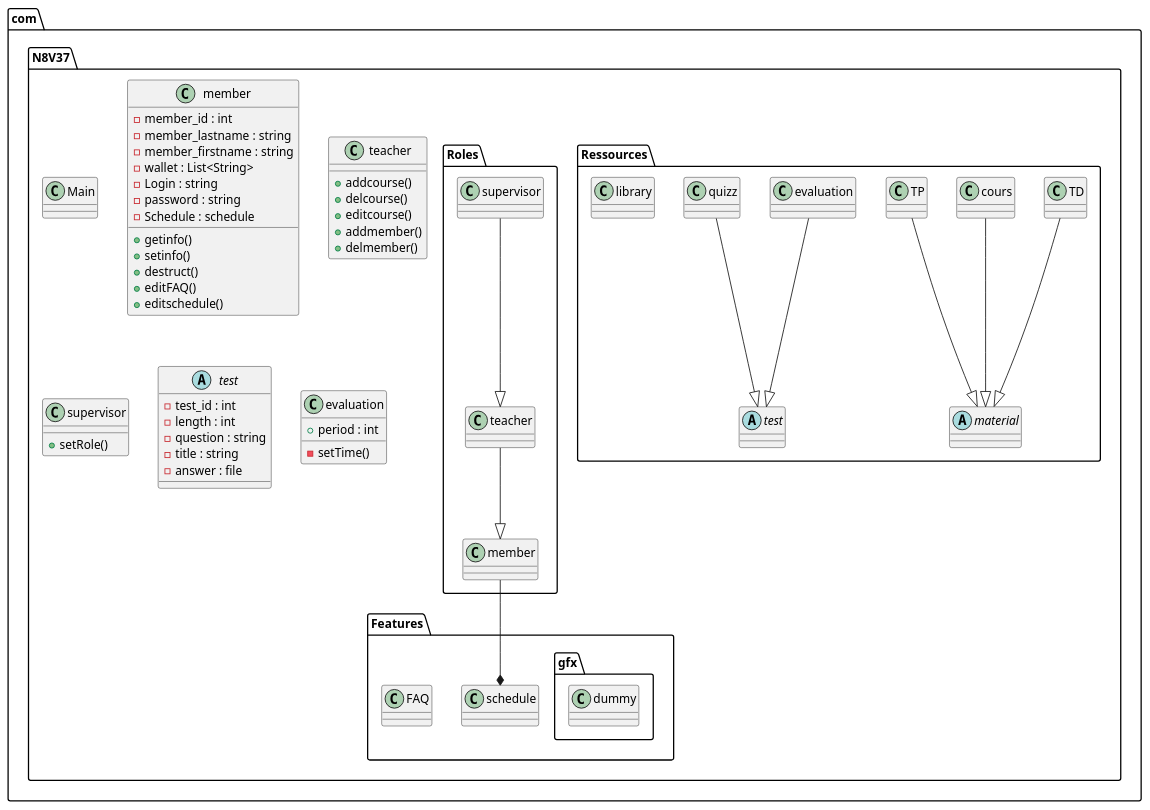
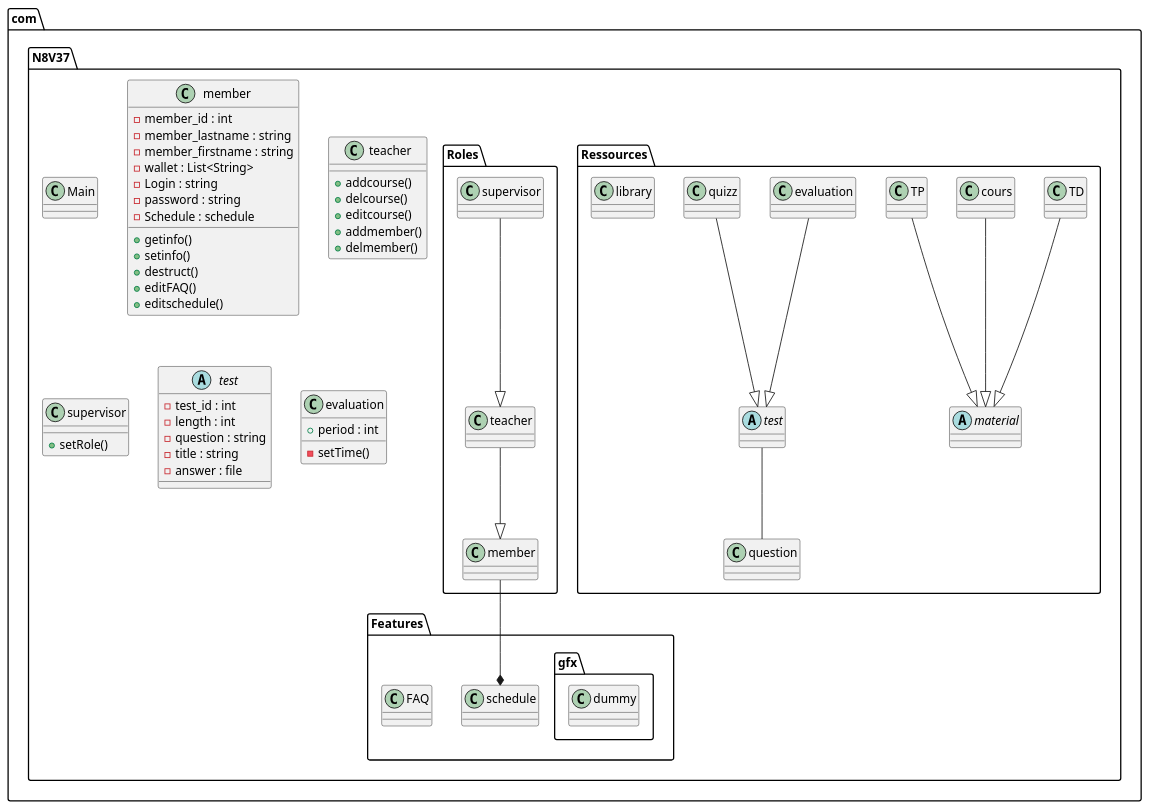
Before and after one commit to kingussopp/N8V37: the diagram in classes/classe.puml, drawn with PlantUML.

Commit message:
docs: :memo: update for the class diagram

```diff
--- a/classes/classe.puml
+++ b/classes/classe.puml
@@ -1,68 +1,69 @@
 @startuml class_diagram
 package com.N8V37{
     package com.N8V37.Ressources{
         abstract material
         abstract test
         TD --|> material        
         cours --|> material
         TP --|> material
         evaluation --|> test
         quizz --|> test
+        test -- question
         class library
     }
 
     class Main
     package com.N8V37.Roles{
         supervisor --|> teacher
         teacher --|> member
     
     }
     package com.N8V37.Features{
         class schedule
         class FAQ
         namespace gfx{
             class dummy
             } 
         
         
     }
     member --* schedule
     class member{
         - member_id : int
         - member_lastname : string
         - member_firstname : string
         - wallet : List<String>
         - Login : string
         - password : string 
         - Schedule : schedule      
         + getinfo()
         + setinfo()
         + destruct()
         + editFAQ()
         + editschedule()
     }
     class teacher {
         + addcourse()
         + delcourse()
         + editcourse()
         + addmember()
         + delmember()
         
     }
     class supervisor{
         + setRole()
     }
     abstract test{
         - test_id : int
         - length : int
         - question : string
         - title : string
         - answer : file
 
     }
     class evaluation{
         + period : int
         - setTime()
     }
 }
 @enduml
```
